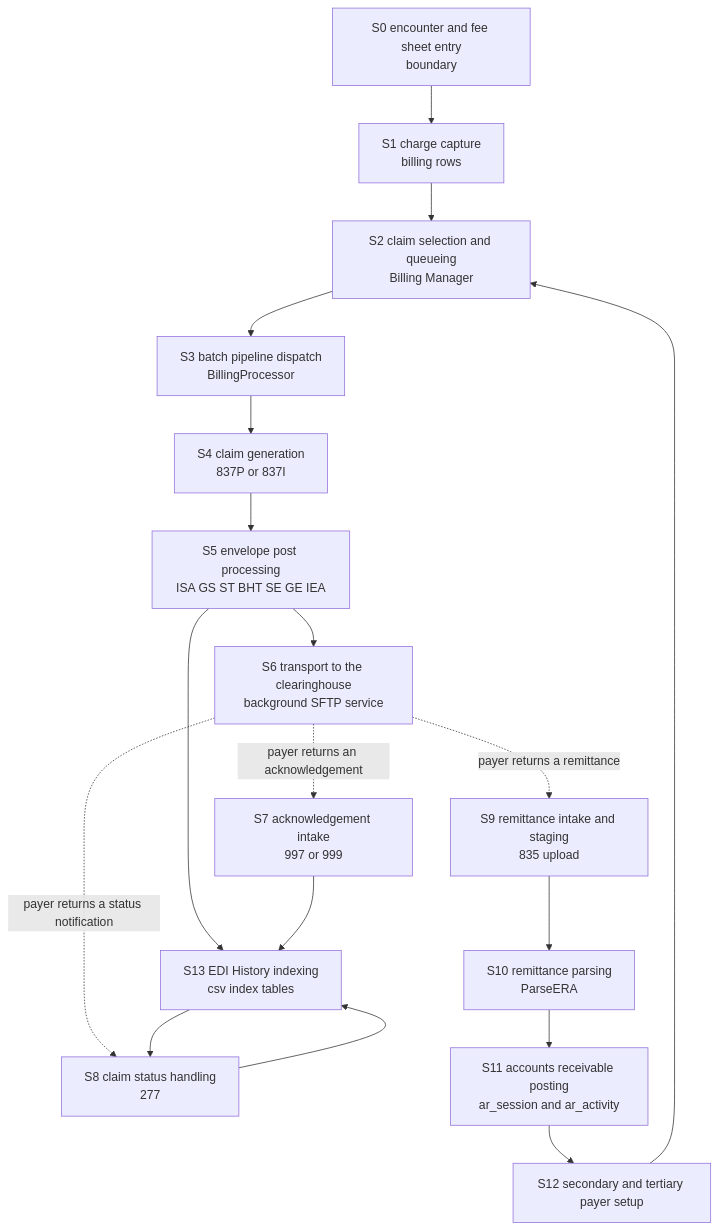
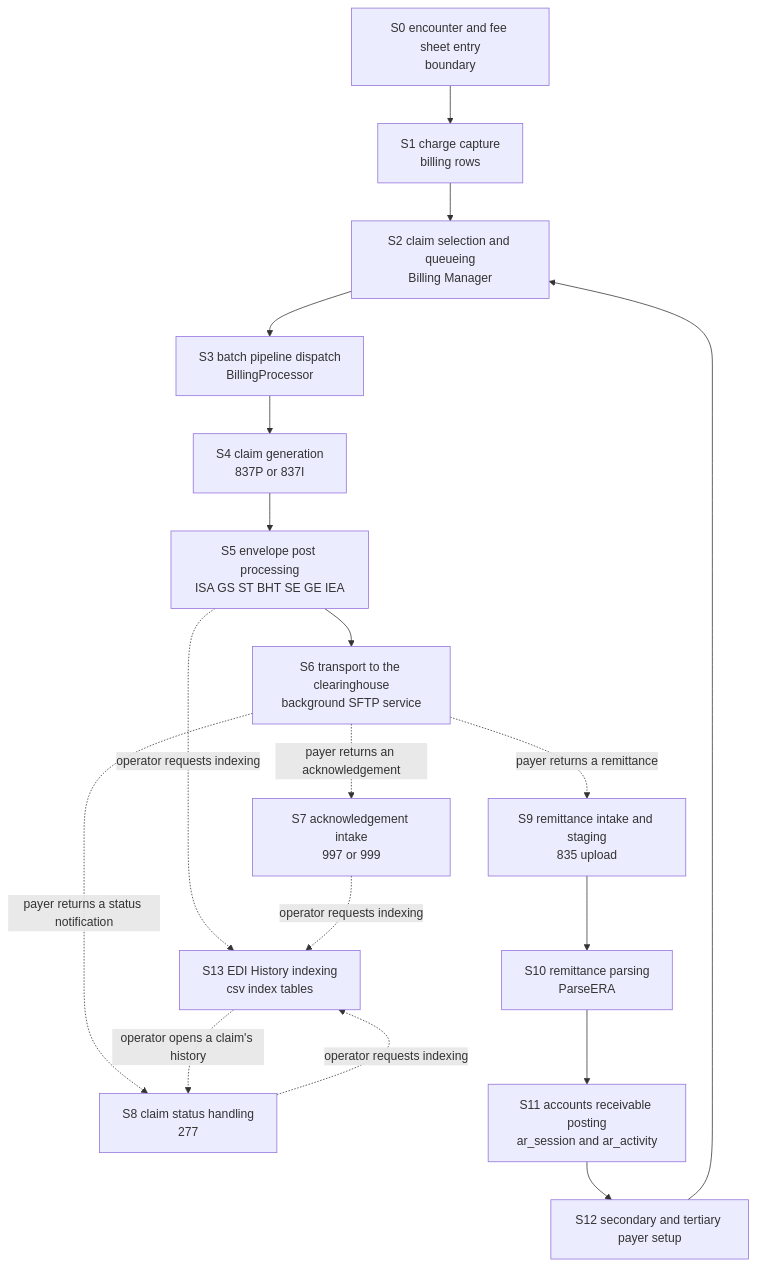
One commit to blitzy-public-samples/openemr changed the first of 5 diagrams in docs/edi/claim-lifecycle.md. Above: the diagram before and after it, drawn with Mermaid. The commit also changed other lines of this file and 2 other files, not shown here.

````diff
--- a/docs/edi/claim-lifecycle.md
+++ b/docs/edi/claim-lifecycle.md
@@ -120,35 +121,35 @@
 ```mermaid
 flowchart TB
     S0["S0 encounter and fee sheet entry<br/>boundary"]
     S1["S1 charge capture<br/>billing rows"]
     S2["S2 claim selection and queueing<br/>Billing Manager"]
     S3["S3 batch pipeline dispatch<br/>BillingProcessor"]
     S4["S4 claim generation<br/>837P or 837I"]
     S5["S5 envelope post processing<br/>ISA GS ST BHT SE GE IEA"]
     S6["S6 transport to the clearinghouse<br/>background SFTP service"]
     S7["S7 acknowledgement intake<br/>997 or 999"]
     S8["S8 claim status handling<br/>277"]
     S9["S9 remittance intake and staging<br/>835 upload"]
     S10["S10 remittance parsing<br/>ParseERA"]
     S11["S11 accounts receivable posting<br/>ar_session and ar_activity"]
     S12["S12 secondary and tertiary payer setup"]
     S13["S13 EDI History indexing<br/>csv index tables"]
 
     S0 --> S1
     S1 --> S2
     S2 --> S3
     S3 --> S4
     S4 --> S5
     S5 --> S6
     S6 -. "payer returns an acknowledgement" .-> S7
     S6 -. "payer returns a status notification" .-> S8
     S6 -. "payer returns a remittance" .-> S9
     S9 --> S10
     S10 --> S11
     S11 --> S12
     S12 --> S2
-    S5 --> S13
-    S7 --> S13
-    S8 --> S13
-    S13 --> S8
+    S5 -. "operator requests indexing" .-> S13
+    S7 -. "operator requests indexing" .-> S13
+    S8 -. "operator requests indexing" .-> S13
+    S13 -. "operator opens a claim's history" .-> S8
 ```
````
